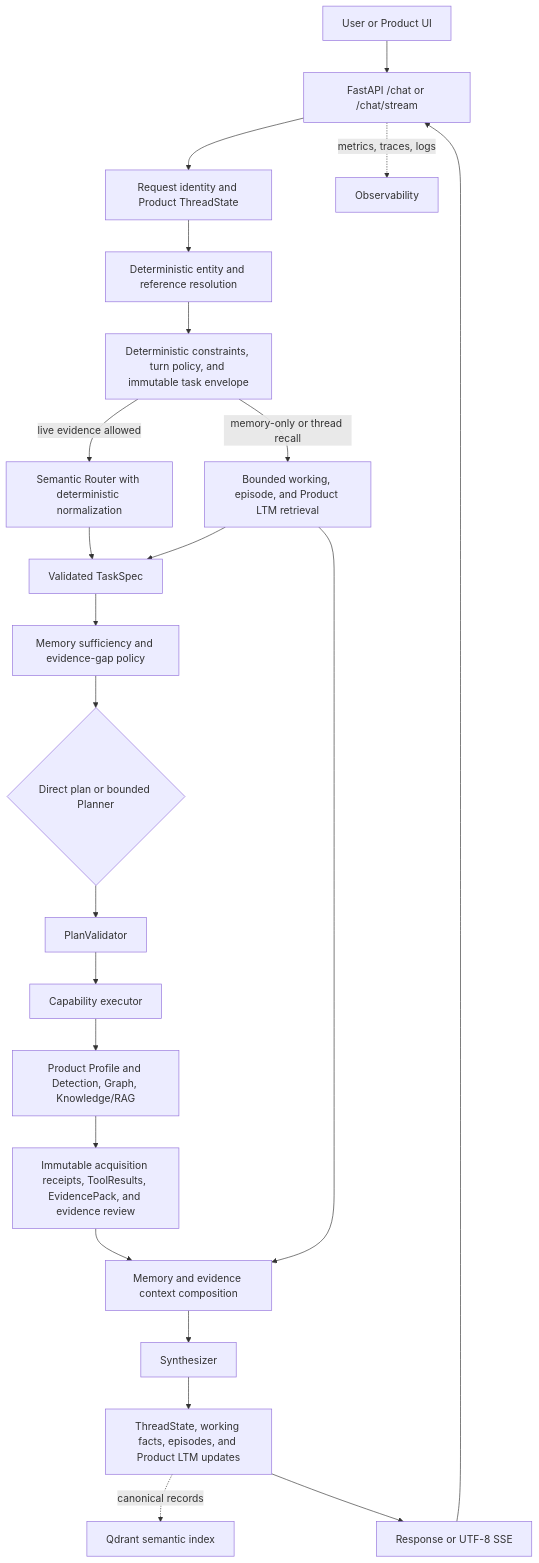
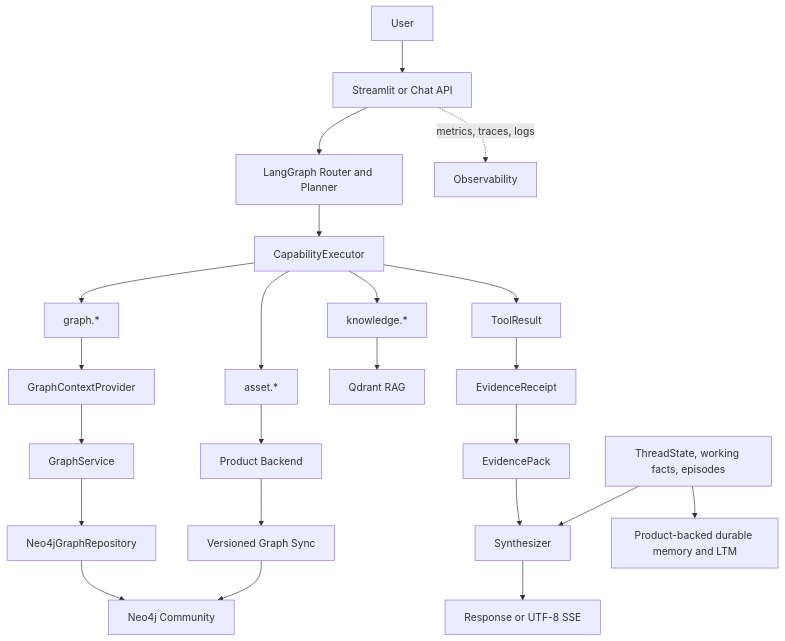
The diagram in README.md (alirzx/Soorin_Copilot), drawn with Mermaid before and after one commit. The commit also changed other lines of this file and 25 other files, not shown here.

Commit message:
fix(copilot): harden memory continuity and graph UI refresh

````diff
--- a/README.md
+++ b/README.md
@@ -12,25 +12,25 @@
 ```mermaid
 flowchart TD
-    U[User or Product UI] --> API[FastAPI /chat or /chat/stream]
-    API --> ID[Request identity and Product ThreadState]
-    ID --> ER[Deterministic entity and reference resolution]
-    ER --> CP[Deterministic constraints, turn policy, and immutable task envelope]
-    CP -->|memory-only or thread recall| MR[Bounded working, episode, and Product LTM retrieval]
-    CP -->|live evidence allowed| RT[Semantic Router with deterministic normalization]
-    RT --> TS[Validated TaskSpec]
-    MR --> TS
-    TS --> GAP[Memory sufficiency and evidence-gap policy]
-    GAP --> PLAN{Direct plan or bounded Planner}
-    PLAN --> PV[PlanValidator]
-    PV --> EX[Capability executor]
-    EX --> E[Product Profile and Detection, Graph, Knowledge/RAG]
-    E --> EP[Immutable acquisition receipts, ToolResults, EvidencePack, and evidence review]
-    EP --> CC[Memory and evidence context composition]
-    MR --> CC
-    CC --> SYN[Synthesizer]
-    SYN --> MU[ThreadState, working facts, episodes, and Product LTM updates]
-    MU -. canonical records .-> PI[Qdrant semantic index]
-    MU --> OUT[Response or UTF-8 SSE]
-    OUT --> API
-    API -. metrics, traces, logs .-> OBS[Observability]
+    U[User] --> UI[Streamlit or Chat API]
+    UI --> LG[LangGraph Router and Planner]
+    LG --> EX[CapabilityExecutor]
+    EX --> AS[asset.*]
+    EX --> GS[graph.*]
+    EX --> KS[knowledge.*]
+    AS --> PB[Product Backend]
+    GS --> GP[GraphContextProvider]
+    GP --> SVC[GraphService]
+    SVC --> REPO[Neo4jGraphRepository]
+    REPO --> NEO[Neo4j Community]
+    KS --> QR[Qdrant RAG]
+    PB --> SYNC[Versioned Graph Sync]
+    SYNC --> NEO
+    EX --> TR[ToolResult]
+    TR --> ER[EvidenceReceipt]
+    ER --> EP[EvidencePack]
+    EP --> SYN[Synthesizer]
+    MEM[ThreadState, working facts, episodes] --> SYN
+    MEM --> LTM[Product-backed durable memory and LTM]
+    SYN --> OUT[Response or UTF-8 SSE]
+    UI -. metrics, traces, logs .-> OBS[Observability]
 ```
````
